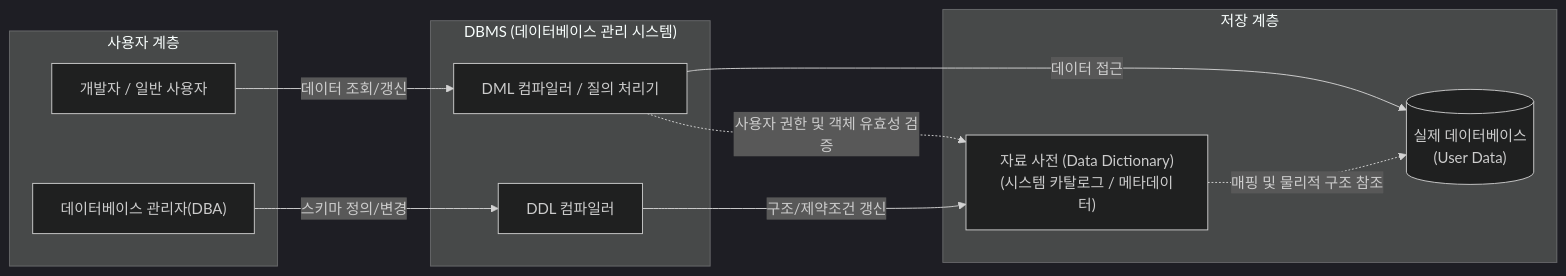
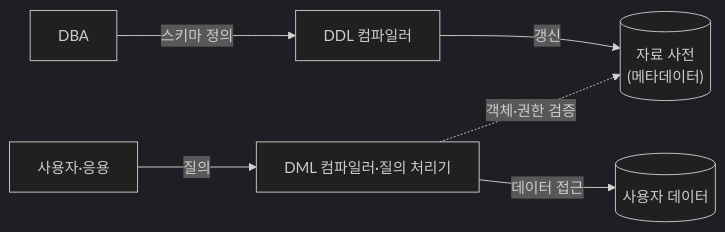
One commit to supremethumb/supremethumb.github.io changed the diagram in content/01_IT Tech/자료 사전.md. Above: the diagram before and after it, drawn with Mermaid (dark theme). The commit also changed other lines of this file and 1087 other files, not shown here.

````diff
--- a/content/01_IT Tech/자료 사전.md
+++ b/content/01_IT Tech/자료 사전.md
@@ -27,26 +34,8 @@
 ```mermaid
 flowchart LR
-    subgraph Users ["사용자 계층"]
-        U1["개발자 / 일반 사용자"]
-        DBA["데이터베이스 관리자(DBA)"]
-    end
-
-    subgraph DBMS ["DBMS (데이터베이스 관리 시스템)"]
-        DDL_C["DDL 컴파일러"]
-        DML_C["DML 컴파일러 / 질의 처리기"]
-    end
-
-    subgraph Storage ["저장 계층"]
-        DD["자료 사전 (Data Dictionary)<br/>(시스템 카탈로그 / 메타데이터)"]
-        DB[("실제 데이터베이스<br/>(User Data)")]
-    end
-
-    DBA -->|"스키마 정의/변경"| DDL_C
-    U1 -->|"데이터 조회/갱신"| DML_C
-
-    DDL_C -->|"구조/제약조건 갱신"| DD
-    DML_C -.->|"사용자 권한 및 객체 유효성 검증"| DD
-    DML_C -->|"데이터 접근"| DB
-    DD -.->|"매핑 및 물리적 구조 참조"| DB
-
+    DBA["DBA"] -->|"스키마 정의"| DDLC["DDL 컴파일러"]
+    U["사용자·응용"] -->|"질의"| QP["DML 컴파일러·질의 처리기"]
+    DDLC -->|"갱신"| DD[("자료 사전<br/>(메타데이터)")]
+    QP -.->|"객체·권한 검증"| DD
+    QP -->|"데이터 접근"| DB[("사용자 데이터")]
 ```
````
